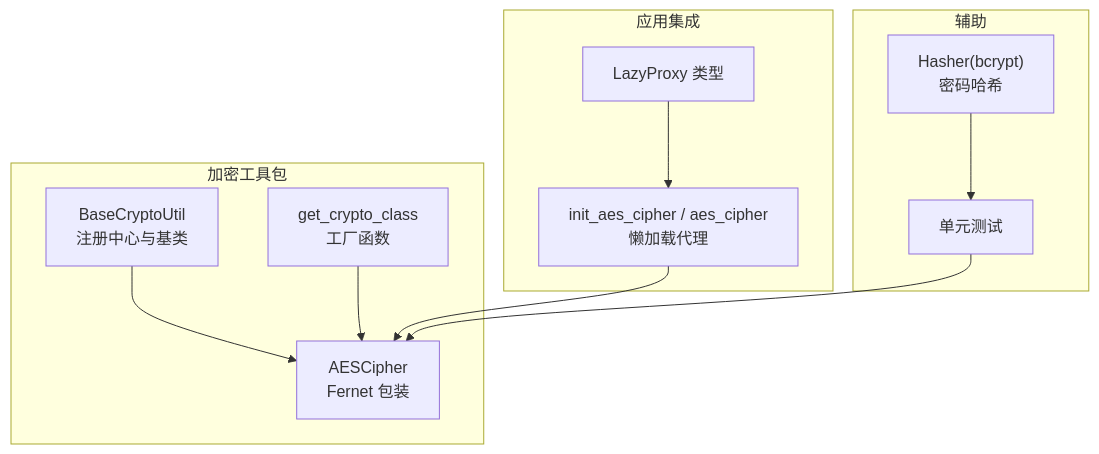
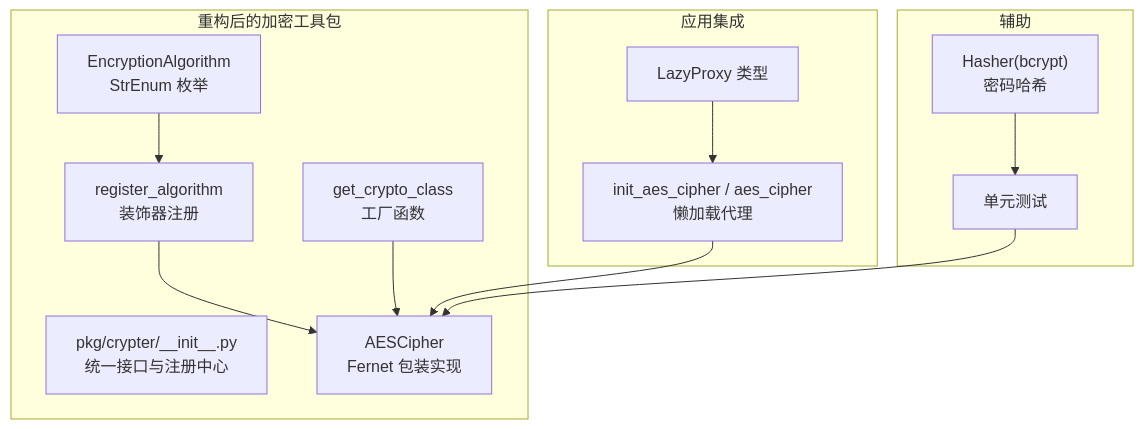
The first of 7 diagrams in .qoder/repowiki/zh/content/基础设施工具/加密工具.md (lilinzezzzzzz/fastapi-backend), drawn with Mermaid before and after one commit. The commit also changed other lines of this file and 42 other files, not shown here.

````diff
--- a/.qoder/repowiki/zh/content/基础设施工具/加密工具.md
+++ b/.qoder/repowiki/zh/content/基础设施工具/加密工具.md
@@ -42,22 +50,25 @@
 ```mermaid
 graph TB
-subgraph "加密工具包"
-Base["BaseCryptoUtil<br/>注册中心与基类"]
-AES["AESCipher<br/>Fernet 包装"]
+subgraph "重构后的加密工具包"
+Init["pkg/crypter/__init__.py<br/>统一接口与注册中心"]
+AES["AESCipher<br/>Fernet 包装实现"]
 Factory["get_crypto_class<br/>工厂函数"]
+Register["register_algorithm<br/>装饰器注册"]
+Enum["EncryptionAlgorithm<br/>StrEnum 枚举"]
 end
 subgraph "应用集成"
 CoreCrypto["init_aes_cipher / aes_cipher<br/>懒加载代理"]
 Types["LazyProxy 类型"]
 end
 subgraph "辅助"
 Hasher["Hasher(bcrypt)<br/>密码哈希"]
 Tests["单元测试"]
 end
-Base --> AES
+Enum --> Register
+Register --> AES
 Factory --> AES
 CoreCrypto --> AES
 Types --> CoreCrypto
 Hasher --> Tests
 Tests --> AES
 ```
````
